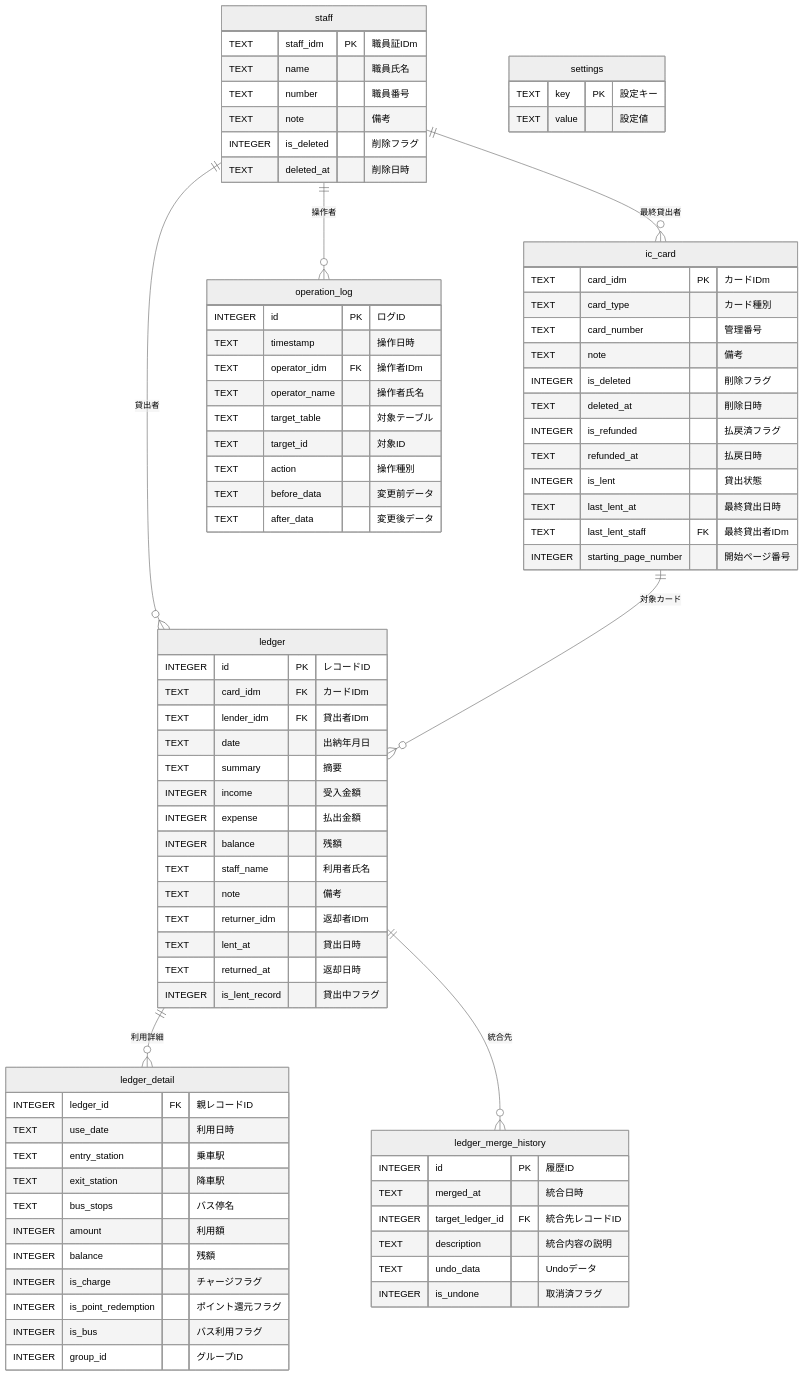
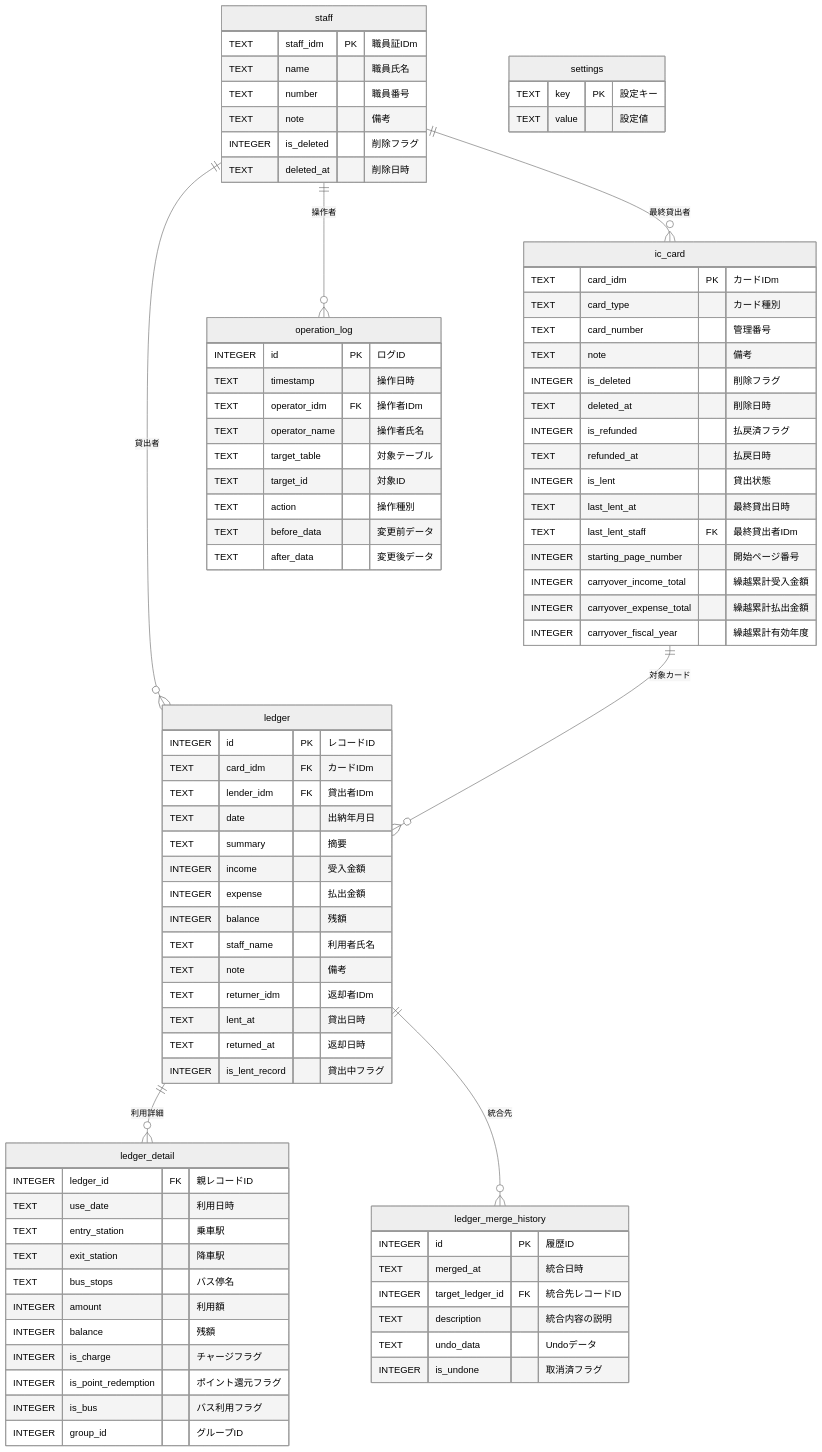
Before and after one commit to kuwayamamasayuki/ICCardManager: the diagram in ICCardManager/docs/design/02_DB設計書.md, drawn with Mermaid (neutral theme). The commit also changed other lines of this file and 11 other files, not shown here.

```diff
--- a/ICCardManager/docs/design/02_DB設計書.md
+++ b/ICCardManager/docs/design/02_DB設計書.md
@@ -85,6 +85,9 @@
         TEXT last_lent_at "最終貸出日時"
         TEXT last_lent_staff FK "最終貸出者IDm"
         INTEGER starting_page_number "開始ページ番号"
+        INTEGER carryover_income_total "繰越累計受入金額"
+        INTEGER carryover_expense_total "繰越累計払出金額"
+        INTEGER carryover_fiscal_year "繰越累計有効年度"
     }
 
     ledger {
```
